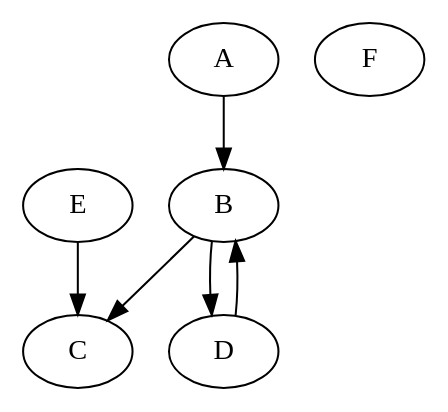
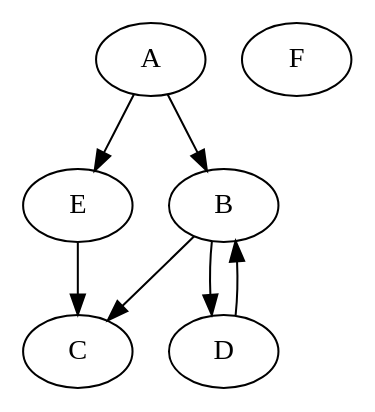
Before and after one commit to joshrussell170/CSE4642023: the diagram in src/main/resources/color.dot, drawn with Graphviz. The commit also changed 1 other file, not shown here.

```diff
--- a/src/main/resources/color.dot
+++ b/src/main/resources/color.dot
@@ -1,16 +1,17 @@
 digraph G {
     // Define nodes
     A;
     B;
     C;
     D;
     E;
     F;
 
     // Define directed edges
     A -> B;
     B -> C;
     B -> D;
     E -> C;
     D -> B;
+    A -> E;
 }
```
